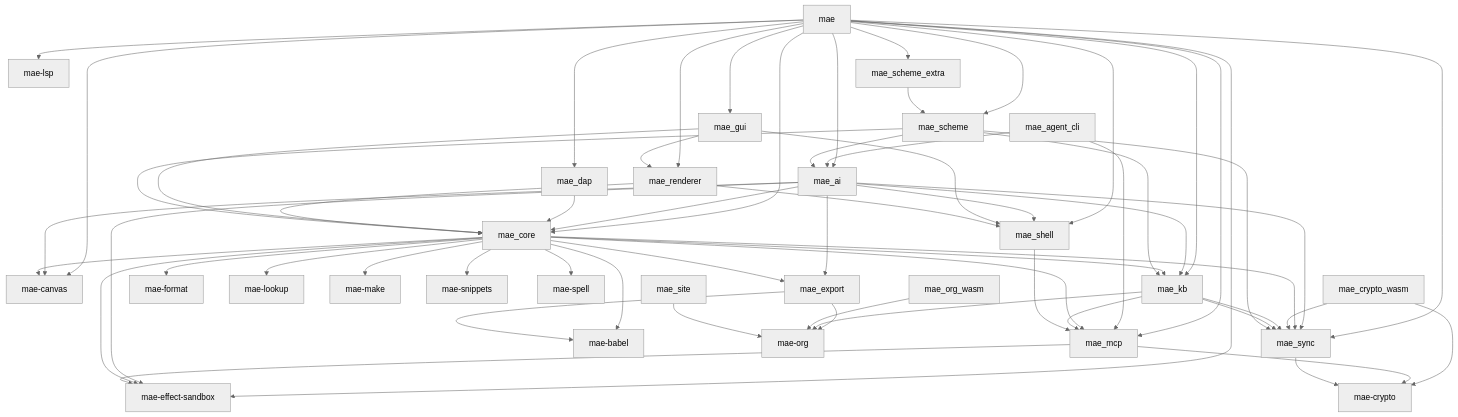
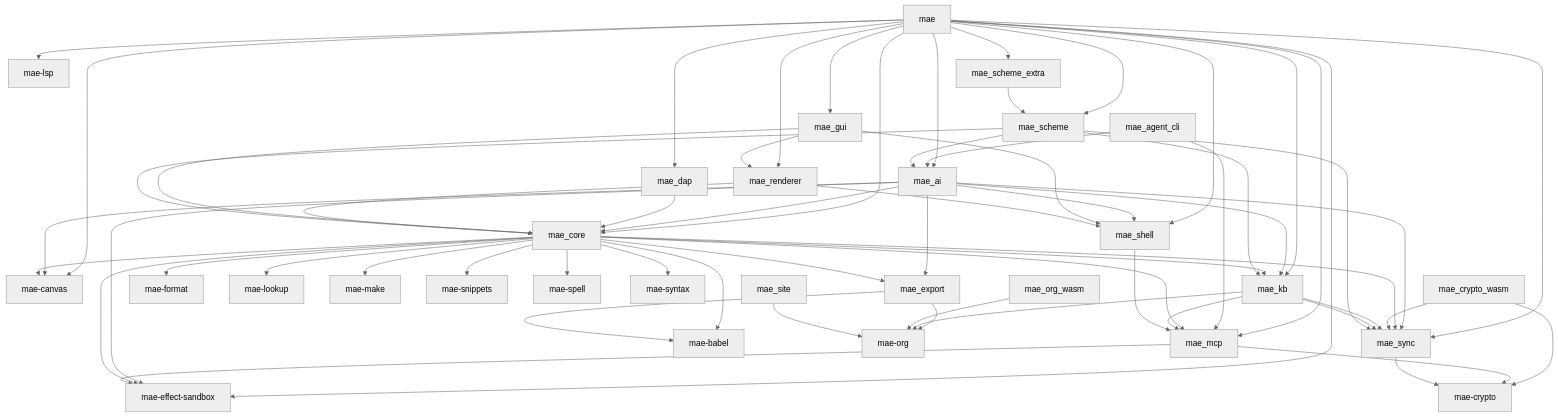
Before and after one commit to cuttlefisch/mae: the diagram in docs/CODE_MAP.md, drawn with Mermaid (neutral theme). The commit also changed other lines of this file and 13 other files, not shown here.

First line of the commit message:
refactor(core): move the grammar registry into a shared mae-syntax crate

````diff
--- a/docs/CODE_MAP.md
+++ b/docs/CODE_MAP.md
@@ -7,74 +7,76 @@
 ```mermaid
 graph TD
     mae --> mae_ai
     mae --> mae_canvas
     mae --> mae_core
     mae --> mae_dap
     mae --> mae_effect_sandbox
     mae --> mae_gui
     mae --> mae_kb
     mae --> mae_lsp
     mae --> mae_mcp
     mae --> mae_renderer
     mae --> mae_scheme
     mae --> mae_scheme_extra
     mae --> mae_shell
     mae --> mae_sync
     mae_agent_cli --> mae_ai
     mae_agent_cli --> mae_mcp
     mae_ai --> mae_canvas
     mae_ai --> mae_core
     mae_ai --> mae_effect_sandbox
     mae_ai --> mae_export
     mae_ai --> mae_kb
     mae_ai --> mae_shell
     mae_ai --> mae_sync
     mae_babel[mae-babel]
     mae_canvas[mae-canvas]
     mae_core --> mae_babel
     mae_core --> mae_canvas
     mae_core --> mae_effect_sandbox
     mae_core --> mae_export
     mae_core --> mae_format
     mae_core --> mae_kb
     mae_core --> mae_lookup
     mae_core --> mae_make
     mae_core --> mae_snippets
     mae_core --> mae_spell
     mae_core --> mae_sync
+    mae_core --> mae_syntax
     mae_core --> mae_mcp
     mae_crypto[mae-crypto]
     mae_crypto_wasm --> mae_crypto
     mae_crypto_wasm --> mae_sync
     mae_dap --> mae_core
     mae_effect_sandbox[mae-effect-sandbox]
     mae_export --> mae_babel
     mae_export --> mae_org
     mae_format[mae-format]
     mae_gui --> mae_core
     mae_gui --> mae_renderer
     mae_gui --> mae_shell
     mae_kb --> mae_mcp
     mae_kb --> mae_org
     mae_kb --> mae_sync
     mae_kb --> mae_sync
     mae_lookup[mae-lookup]
     mae_lsp[mae-lsp]
     mae_make[mae-make]
     mae_mcp --> mae_crypto
     mae_mcp --> mae_effect_sandbox
     mae_org[mae-org]
     mae_org_wasm --> mae_org
     mae_renderer --> mae_core
     mae_renderer --> mae_shell
     mae_scheme --> mae_ai
     mae_scheme --> mae_core
     mae_scheme --> mae_kb
     mae_scheme --> mae_sync
     mae_scheme_extra --> mae_scheme
     mae_shell --> mae_mcp
     mae_site --> mae_org
     mae_snippets[mae-snippets]
     mae_spell[mae-spell]
     mae_sync --> mae_crypto
+    mae_syntax[mae-syntax]
 ```
````
